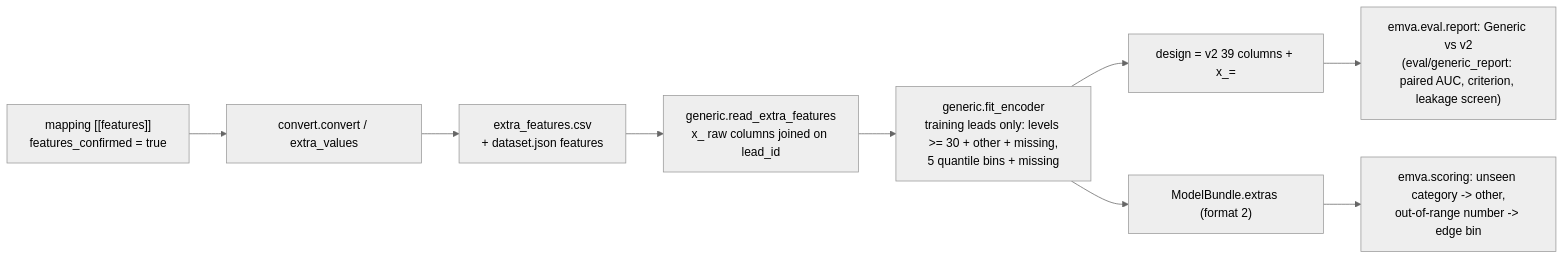
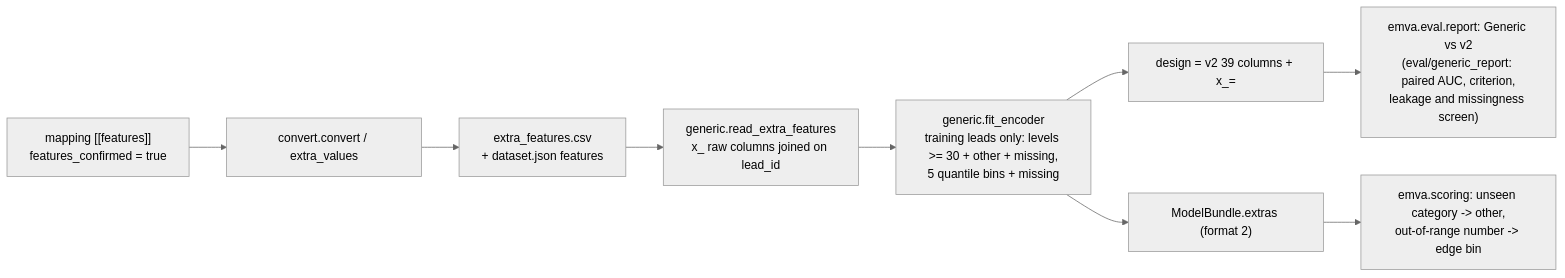
Before and after one commit to dsj-emva/learning-modal: the seventh of 7 diagrams in docs/ARCHITECTURE.md, drawn with Mermaid (neutral theme). The commit also changed other lines of this file and 6 other files, not shown here.

First line of the commit message:
Phase 10 fix round docs: review, rulings D23-D33, missingness screen results

````diff
--- a/docs/ARCHITECTURE.md
+++ b/docs/ARCHITECTURE.md
@@ -297,11 +300,11 @@
 ```mermaid
 flowchart LR
     MAP["mapping [[features]]<br/>features_confirmed = true"] --> CONV["convert.convert / extra_values"]
     CONV --> EXF["extra_features.csv<br/>+ dataset.json features"]
     EXF --> READ["generic.read_extra_features<br/>x_<name> raw columns joined on lead_id"]
     READ --> FIT["generic.fit_encoder<br/>training leads only: levels >= 30 + other + missing,<br/>5 quantile bins + missing"]
     FIT --> D["design = v2 39 columns + x_<name>=<level>"]
     FIT --> B["ModelBundle.extras (format 2)"]
     B --> SC["emva.scoring: unseen category -> other,<br/>out-of-range number -> edge bin"]
-    D --> REP["emva.eval.report: Generic vs v2<br/>(eval/generic_report: paired AUC, criterion, leakage screen)"]
+    D --> REP["emva.eval.report: Generic vs v2<br/>(eval/generic_report: paired AUC, criterion,<br/>leakage and missingness screen)"]
 ```
````
